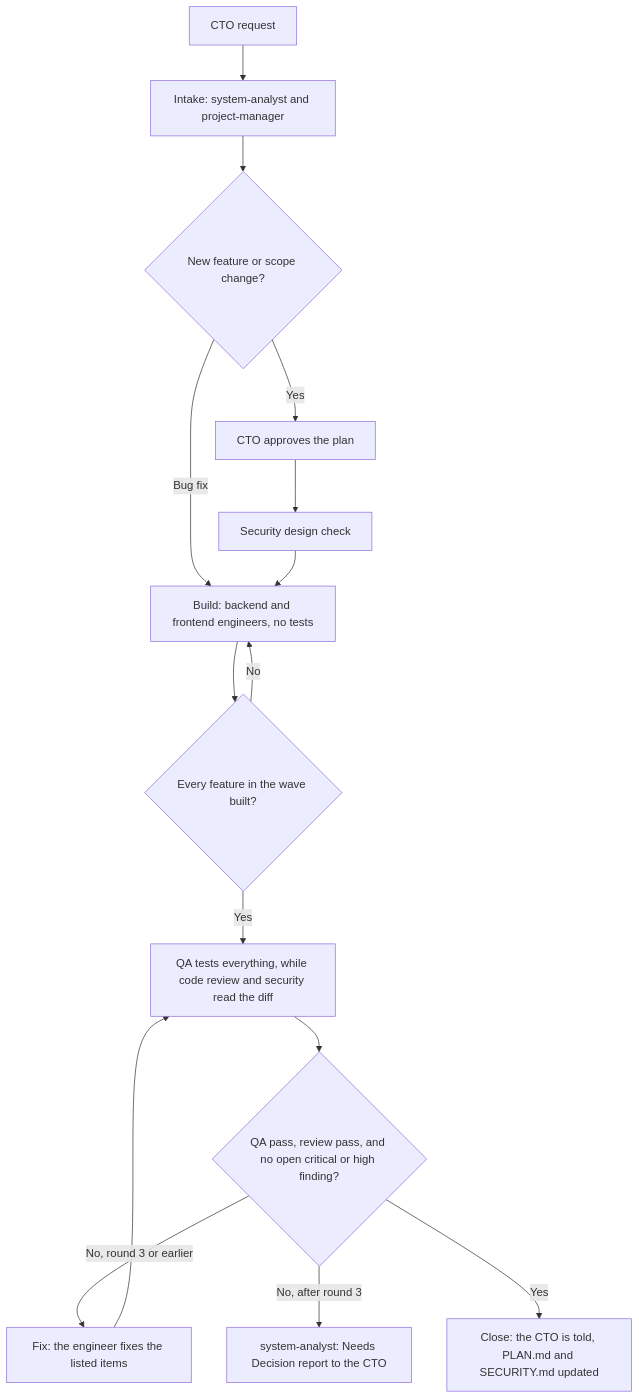
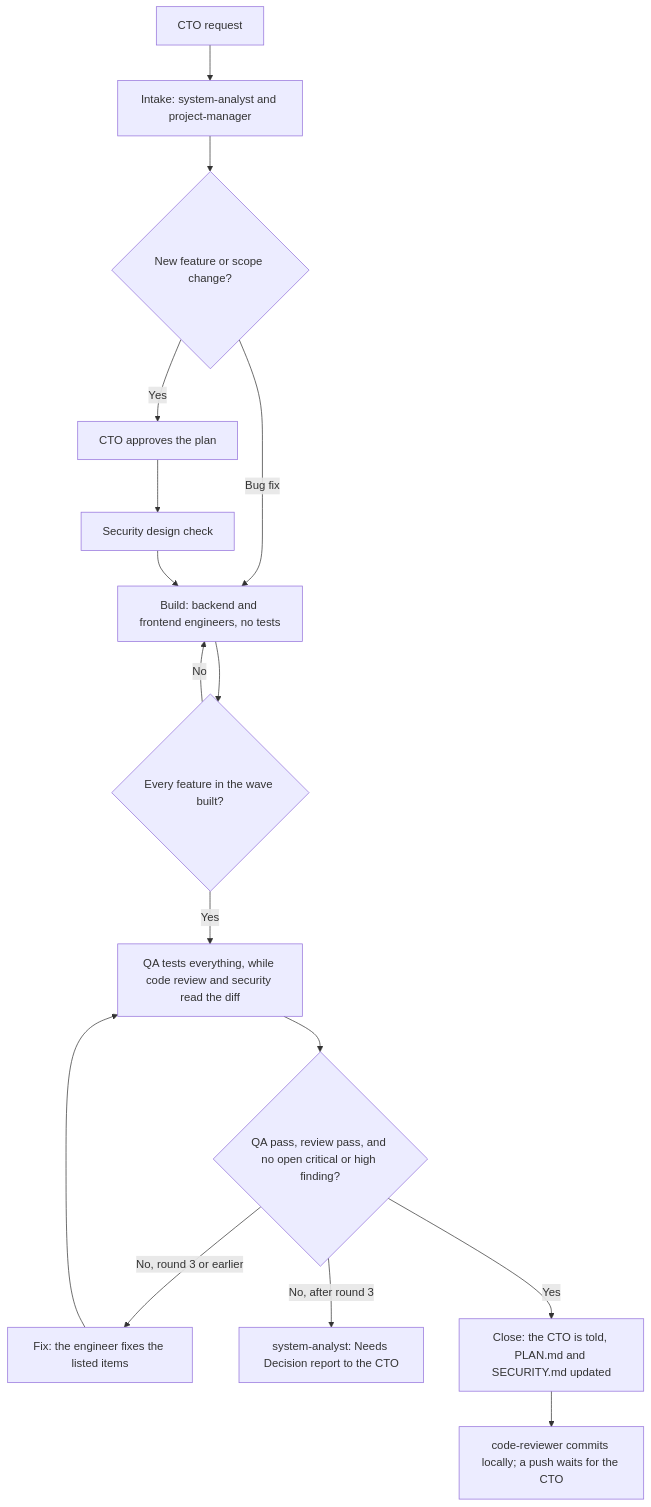
One commit to rahfianugerah/docs changed the diagram in agents/README.md. Above: the diagram before and after it, drawn with Mermaid. The commit also changed other lines of this file and 5 other files, not shown here.

First line of the commit message:
docs(agents): let the code reviewer commit closed work locally

````diff
--- a/agents/README.md
+++ b/agents/README.md
@@ -16,17 +16,18 @@
 ```mermaid
 flowchart TD
   R["CTO request"] --> I["Intake: system-analyst and project-manager"]
   I --> K{"New feature or scope change?"}
   K -->|Yes| C["CTO approves the plan"]
   K -->|Bug fix| B
   C --> S["Security design check"]
   S --> B["Build: backend and frontend engineers, no tests"]
   B --> W{"Every feature in the wave built?"}
   W -->|No| B
   W -->|Yes| V["QA tests everything, while code review and security read the diff"]
   V --> P{"QA pass, review pass, and no open critical or high finding?"}
   P -->|No, round 3 or earlier| F["Fix: the engineer fixes the listed items"]
   F --> V
   P -->|No, after round 3| D["system-analyst: Needs Decision report to the CTO"]
   P -->|Yes| X["Close: the CTO is told, PLAN.md and SECURITY.md updated"]
+  X --> G["code-reviewer commits locally; a push waits for the CTO"]
 ```
````
